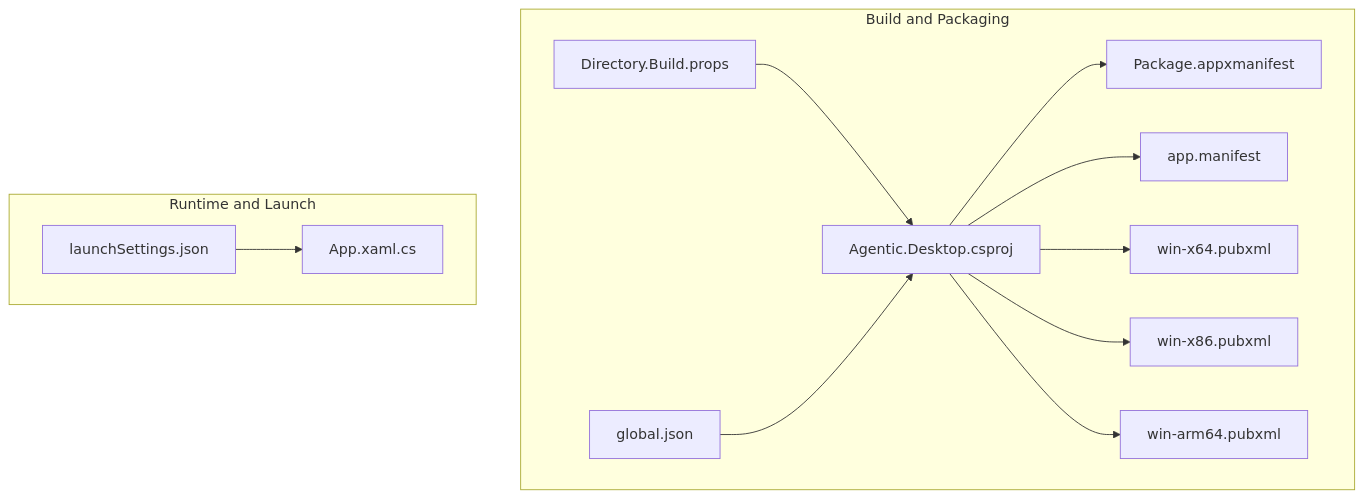
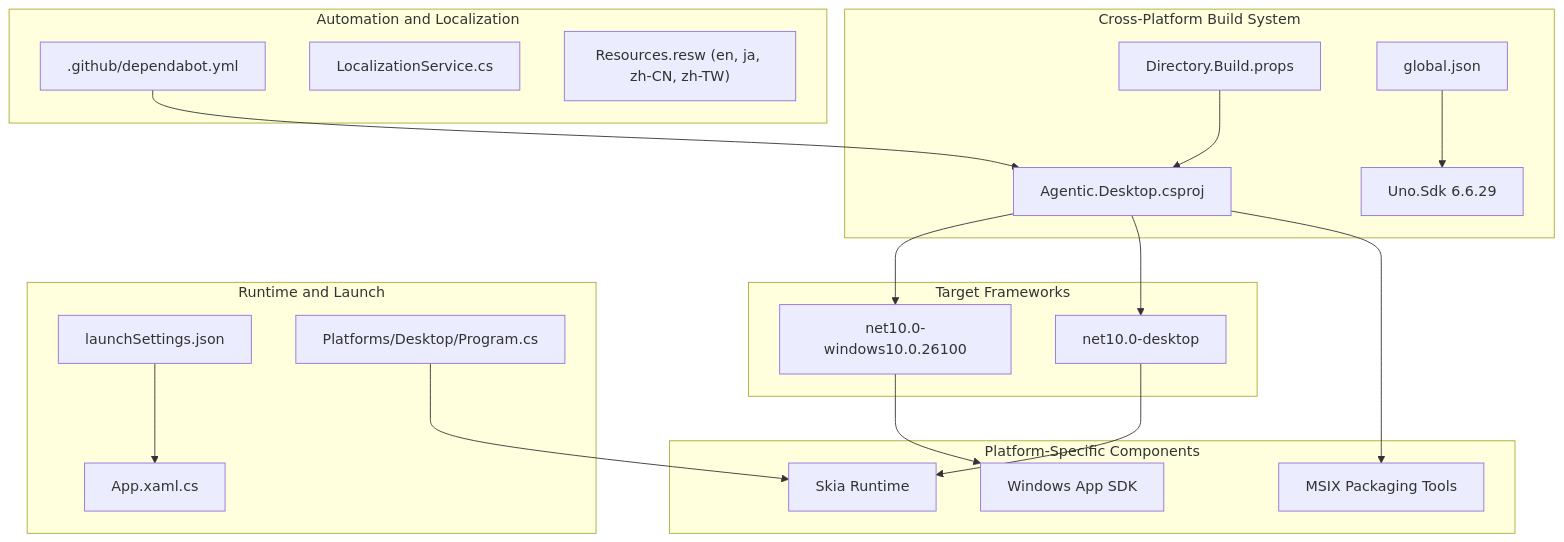
The first of 12 diagrams in .qoder/repowiki/en/content/Configuration and Deployment.md (AgenticDesktop/App), drawn with Mermaid before and after one commit. The commit also changed other lines of this file and 108 other files, not shown here.

First line of the commit message:
Add support for Uno Desktop and WinUI 3 build scripts

````diff
--- a/.qoder/repowiki/en/content/Configuration and Deployment.md
+++ b/.qoder/repowiki/en/content/Configuration and Deployment.md
@@ -39,25 +51,38 @@
 ```mermaid
 graph TB
-subgraph "Build and Packaging"
+subgraph "Cross-Platform Build System"
 CSProj["Agentic.Desktop.csproj"]
 BuildProps["Directory.Build.props"]
 GlobalJSON["global.json"]
-AppXManifest["Package.appxmanifest"]
-AppManifest["app.manifest"]
-PubX64["win-x64.pubxml"]
-PubX86["win-x86.pubxml"]
-PubArm64["win-arm64.pubxml"]
+UnoSDK["Uno.Sdk 6.6.29"]
+end
+subgraph "Target Frameworks"
+WindowsTarget["net10.0-windows10.0.26100"]
+DesktopTarget["net10.0-desktop"]
+end
+subgraph "Platform-Specific Components"
+WinAppSDK["Windows App SDK"]
+SkiaRuntime["Skia Runtime"]
+MSIXTooling["MSIX Packaging Tools"]
+end
+subgraph "Automation and Localization"
+Dependabot[".github/dependabot.yml"]
+LocalizationService["LocalizationService.cs"]
+Resources["Resources.resw (en, ja, zh-CN, zh-TW)"]
 end
 subgraph "Runtime and Launch"
 LaunchSettings["launchSettings.json"]
 AppCode["App.xaml.cs"]
+ProgramEntry["Platforms/Desktop/Program.cs"]
 end
-CSProj --> AppXManifest
-CSProj --> AppManifest
-CSProj --> PubX64
-CSProj --> PubX86
-CSProj --> PubArm64
+CSProj --> WindowsTarget
+CSProj --> DesktopTarget
+WindowsTarget --> WinAppSDK
+DesktopTarget --> SkiaRuntime
+CSProj --> MSIXTooling
 BuildProps --> CSProj
-GlobalJSON --> CSProj
+GlobalJSON --> UnoSDK
+Dependabot --> CSProj
 LaunchSettings --> AppCode
+ProgramEntry --> SkiaRuntime
 ```
````
